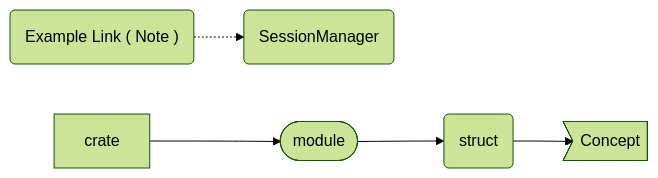
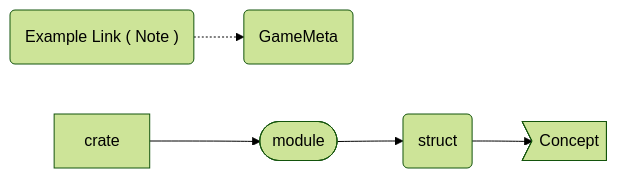
Before and after one commit to fishfolk/jumpy: the diagram in src/README.md, drawn with Mermaid (forest theme). The commit also changed other lines of this file and 223 other files, not shown here.

```diff
--- a/src/README.md
+++ b/src/README.md
@@ -35,7 +21,7 @@
 <pre class="mermaid">
 graph LR
-  ex("Example Link ( Note )"):::dotted -.-> sm(SessionManager):::code
-  click sm call docLink(jumpy/session/struct.SessionManager.html)
+  ex("Example Link ( Note )"):::dotted -.-> sm(GameMeta):::code
+  click sm call docLink(jumpy/struct.GameMeta.html)
 
   crate:::code --> module([module]):::code --> struct(struct):::code --> concept>Concept]
 </pre>
```
